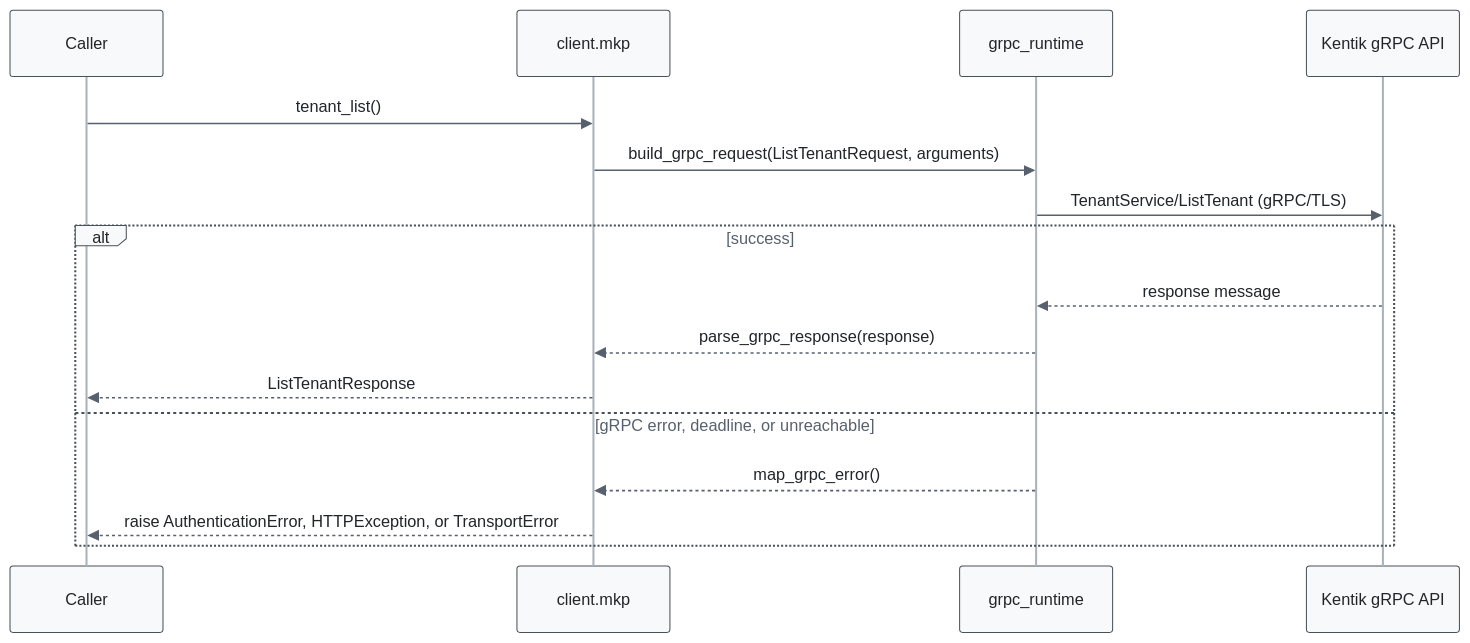
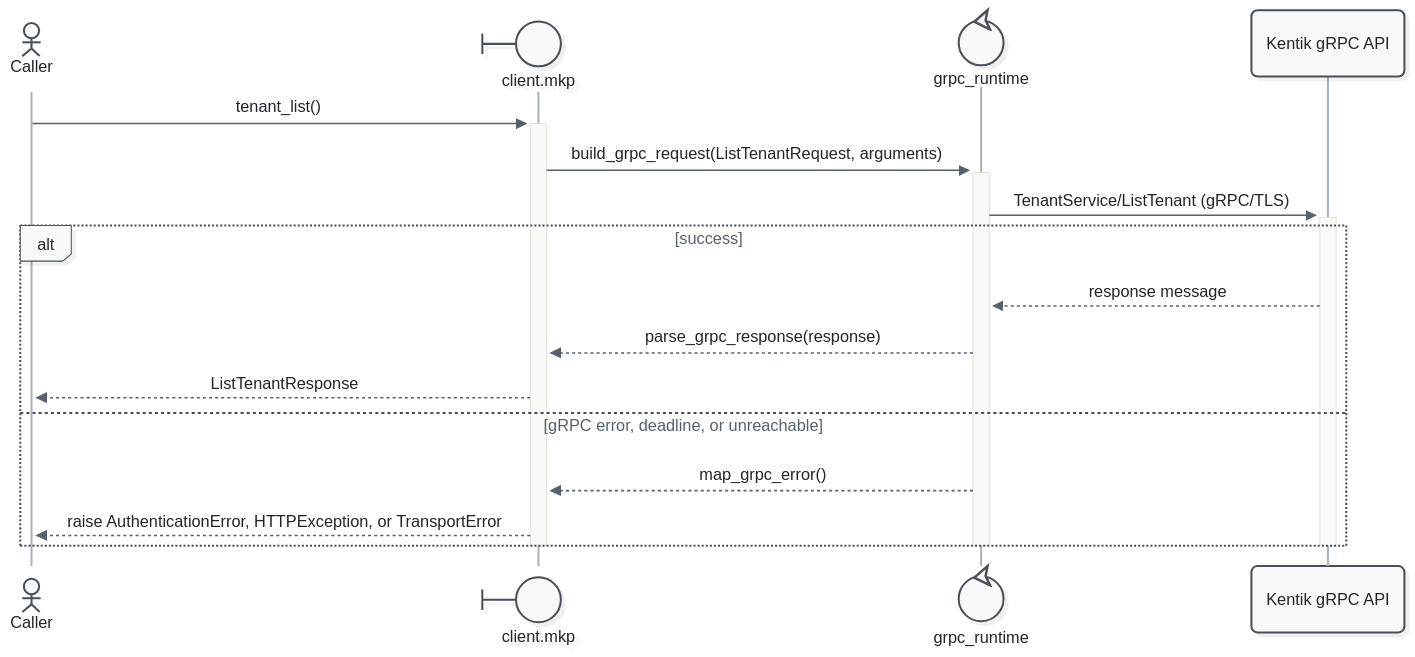
Diagram 12 of 29 in docs/sphinx/services/mkp.md (alexdearaujo/community_sdk_python), drawn with Mermaid before and after one commit. The commit also changed other lines of this file and 52 other files, not shown here.

First line of the commit message:
docs: Mermaid 12 sequence diagrams with participant types and path colors

````diff
--- a/docs/sphinx/services/mkp.md
+++ b/docs/sphinx/services/mkp.md
@@ -443,20 +470,23 @@
 ```mermaid
-%%{init: {"theme": "base", "fontFamily": "ui-monospace, SFMono-Regular, Menlo, monospace", "themeVariables": {"fontFamily": "ui-monospace, SFMono-Regular, Menlo, monospace", "primaryColor": "#f8f9fa", "primaryBorderColor": "#495057", "primaryTextColor": "#212529", "textColor": "#212529", "lineColor": "#77818c", "edgeLabelBackground": "#ffffff", "actorBkg": "#f8f9fa", "actorBorder": "#495057", "actorTextColor": "#212529", "actorLineColor": "#a9b3be", "signalColor": "#57616d", "signalTextColor": "#212529", "labelBoxBkgColor": "#f8f9fa", "labelBoxBorderColor": "#495057", "labelTextColor": "#212529", "loopTextColor": "#57616d", "noteBkgColor": "#fff9db", "noteBorderColor": "#f08c00", "noteTextColor": "#a35a00"}, "flowchart": {"curve": "step", "nodeSpacing": 30, "rankSpacing": 70, "wrappingWidth": 400}}}%%
+%%{init: {"theme": "redux", "look": "neo", "layout": "dagre", "fontFamily": "ui-monospace, SFMono-Regular, Menlo, monospace", "themeVariables": {"fontFamily": "ui-monospace, SFMono-Regular, Menlo, monospace", "primaryColor": "#f8f9fa", "primaryBorderColor": "#495057", "primaryTextColor": "#212529", "textColor": "#212529", "lineColor": "#77818c", "edgeLabelBackground": "#ffffff", "actorBkg": "#f8f9fa", "actorBorder": "#495057", "actorTextColor": "#212529", "actorLineColor": "#a9b3be", "signalColor": "#57616d", "signalTextColor": "#212529", "labelBoxBkgColor": "#f8f9fa", "labelBoxBorderColor": "#495057", "labelTextColor": "#212529", "loopTextColor": "#57616d", "noteBkgColor": "#fff9db", "noteBorderColor": "#f08c00", "noteTextColor": "#a35a00"}, "sequence": {"activationWidth": 16}, "flowchart": {"curve": "step", "nodeSpacing": 30, "rankSpacing": 70, "wrappingWidth": 400}}}%%
 sequenceDiagram
-    participant C as Caller
-    participant W as client.mkp
-    participant R as grpc_runtime
+    actor C as Caller
+    participant W@{ "type": "boundary" } as client.mkp
+    participant R@{ "type": "control" } as grpc_runtime
     participant API as Kentik gRPC API
 
-    C->>W: tenant_list()
-    W->>R: build_grpc_request(ListTenantRequest, arguments)
-    R->>API: TenantService/ListTenant (gRPC/TLS)
+    C->>+W: tenant_list()
+    W->>+R: build_grpc_request(ListTenantRequest, arguments)
+    R->>+API: TenantService/ListTenant (gRPC/TLS)
     alt success
         API-->>R: response message
         R-->>W: parse_grpc_response(response)
         W-->>C: ListTenantResponse
     else gRPC error, deadline, or unreachable
         R-->>W: map_grpc_error()
         W-->>C: raise AuthenticationError, HTTPException, or TransportError
     end
+    deactivate API
+    deactivate R
+    deactivate W
 ```
````
